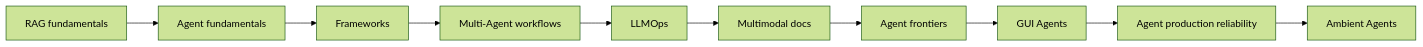
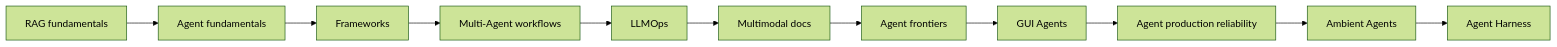
One commit to kobejiasuoer/awesome-agent-engineering changed the diagram in README.en.md. Above: the diagram before and after it, drawn with Mermaid (forest theme). The commit also changed other lines of this file and 19 other files, not shown here.

````diff
--- a/README.en.md
+++ b/README.en.md
@@ -68,5 +68,5 @@
 ```mermaid
 flowchart LR
     A["RAG fundamentals"] --> B["Agent fundamentals"] --> C["Frameworks"] --> D["Multi-Agent workflows"]
-    D --> E["LLMOps"] --> F["Multimodal docs"] --> G["Agent frontiers"] --> H["GUI Agents"] --> I["Agent production reliability"] --> J["Ambient Agents"]
+    D --> E["LLMOps"] --> F["Multimodal docs"] --> G["Agent frontiers"] --> H["GUI Agents"] --> I["Agent production reliability"] --> J["Ambient Agents"] --> K["Agent Harness"]
 ```
````
